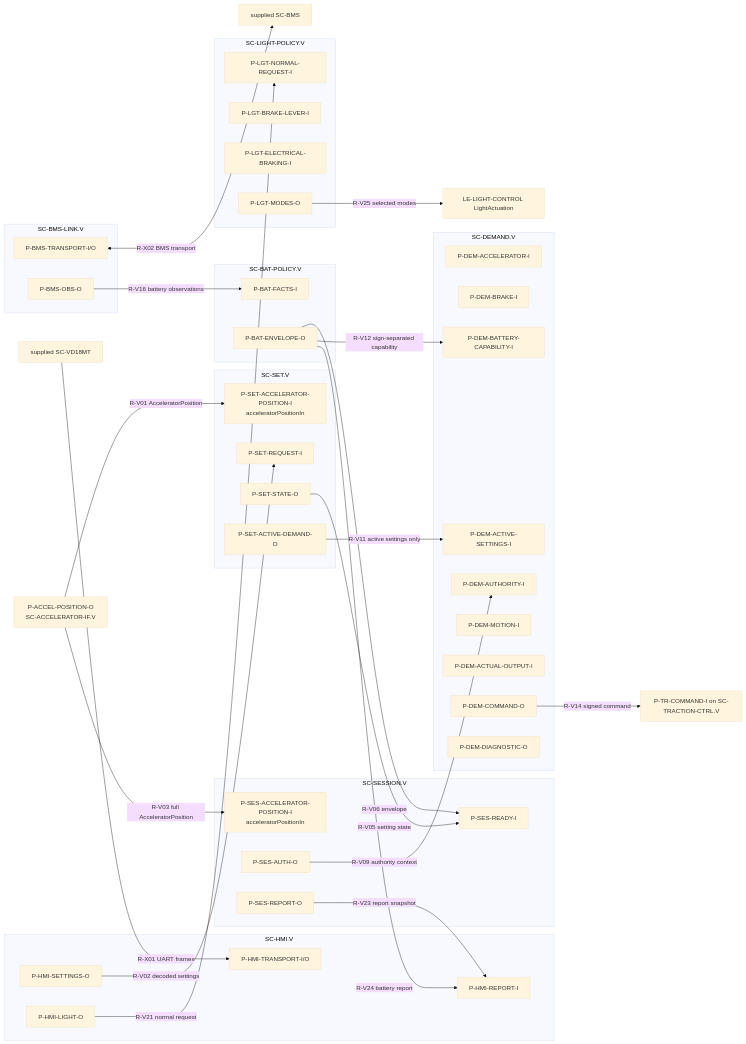
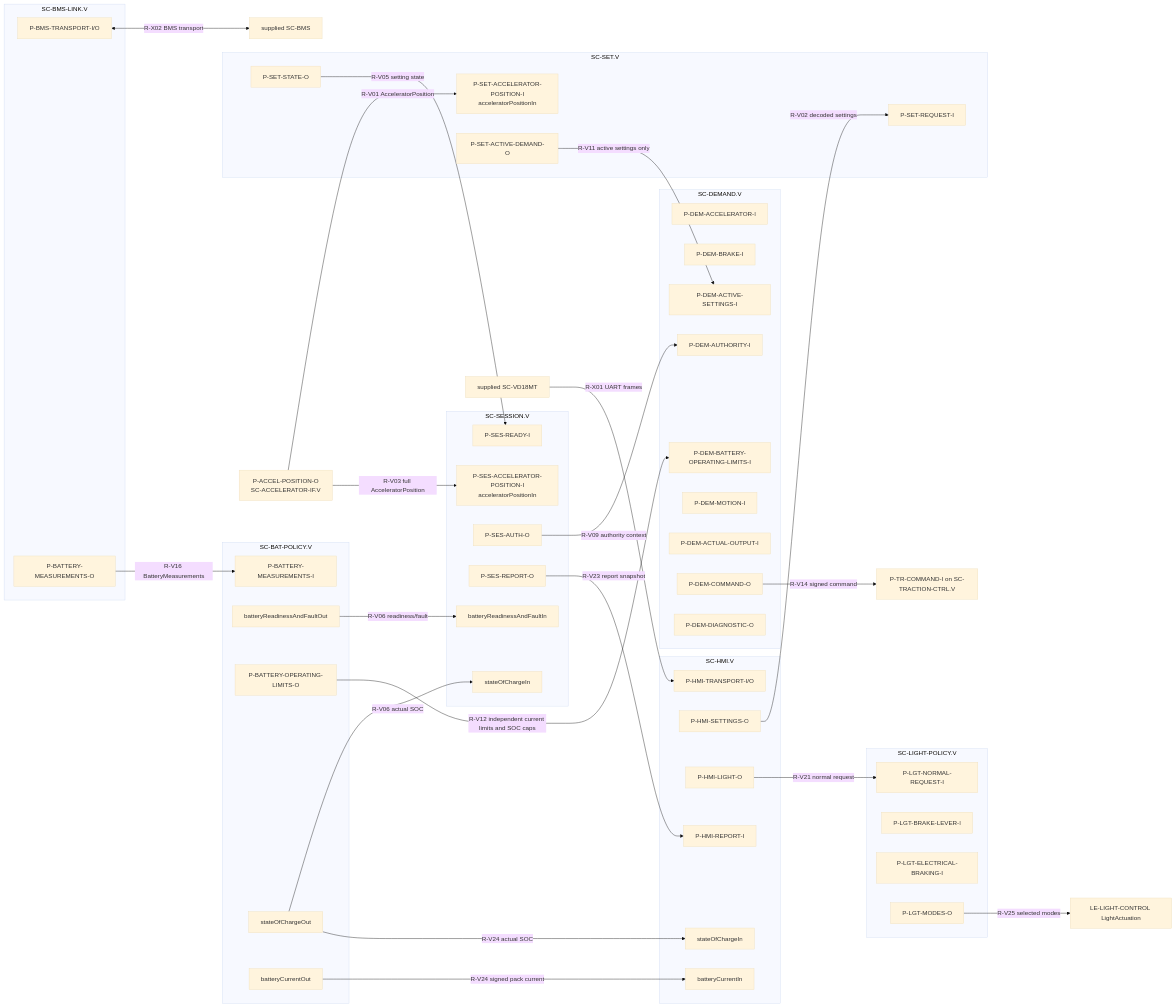
One commit to dhellhake/X2CityMCU changed the second of 4 diagrams in .devenv/Architecture/SoftwareArchitecture/ARCH-003_Software_Architecture.md. Above: the diagram before and after it, drawn with Mermaid (base theme). The commit also changed other lines of this file and 74 other files, not shown here.

````diff
--- a/.devenv/Architecture/SoftwareArchitecture/ARCH-003_Software_Architecture.md
+++ b/.devenv/Architecture/SoftwareArchitecture/ARCH-003_Software_Architecture.md
@@ -227,62 +225,71 @@
 ```mermaid
 flowchart LR
     subgraph HMI[SC-HMI.V]
         HTR[P-HMI-TRANSPORT-I/O]
         HSE[P-HMI-SETTINGS-O]
         HLI[P-HMI-LIGHT-O]
         HRI[P-HMI-REPORT-I]
+        HSI[stateOfChargeIn]
+        HCI[batteryCurrentIn]
     end
     subgraph SET[SC-SET.V]
         SRI[P-SET-REQUEST-I]
         SAP[P-SET-ACCELERATOR-POSITION-I\nacceleratorPositionIn]
         SSO[P-SET-STATE-O]
         SAD[P-SET-ACTIVE-DEMAND-O]
     end
     subgraph SES[SC-SESSION.V]
         SEDI[P-SES-READY-I]
         SEA[P-SES-ACCELERATOR-POSITION-I\nacceleratorPositionIn]
         SEAO[P-SES-AUTH-O]
         SERO[P-SES-REPORT-O]
+        SBR[batteryReadinessAndFaultIn]
+        SSO_SOC[stateOfChargeIn]
     end
     subgraph DEM[SC-DEMAND.V]
         DAI[P-DEM-ACCELERATOR-I]
         DBI[P-DEM-BRAKE-I]
         DSI[P-DEM-ACTIVE-SETTINGS-I]
         DAU[P-DEM-AUTHORITY-I]
-        DBC[P-DEM-BATTERY-CAPABILITY-I]
+        DBC[P-DEM-BATTERY-OPERATING-LIMITS-I]
         DMO[P-DEM-MOTION-I]
         DAO[P-DEM-ACTUAL-OUTPUT-I]
         DEO[P-DEM-COMMAND-O]
         DDO[P-DEM-DIAGNOSTIC-O]
     end
     subgraph BMS[SC-BMS-LINK.V]
         BTI[P-BMS-TRANSPORT-I/O]
-        BTO[P-BMS-OBS-O]
+        BTO[P-BATTERY-MEASUREMENTS-O]
     end
     subgraph BAT[SC-BAT-POLICY.V]
-        BFI[P-BAT-FACTS-I]
-        BEO[P-BAT-ENVELOPE-O]
+        BFI[P-BATTERY-MEASUREMENTS-I]
+        BRO[batteryReadinessAndFaultOut]
+        BEO[P-BATTERY-OPERATING-LIMITS-O]
+        BSO[stateOfChargeOut]
+        BCO[batteryCurrentOut]
     end
     subgraph LGT[SC-LIGHT-POLICY.V]
         LNR[P-LGT-NORMAL-REQUEST-I]
         LBI[P-LGT-BRAKE-LEVER-I]
         LEBI[P-LGT-ELECTRICAL-BRAKING-I]
         LMO[P-LGT-MODES-O]
     end
     VD[supplied SC-VD18MT] -->|R-X01 UART frames| HTR
     AIP[P-ACCEL-POSITION-O\nSC-ACCELERATOR-IF.V] -->|R-V01 AcceleratorPosition| SAP
     AIP -->|R-V03 full AcceleratorPosition| SEA
     HSE -->|R-V02 decoded settings| SRI
     SSO -->|R-V05 setting state| SEDI
     SEAO -->|R-V09 authority context| DAU
     SAD -->|R-V11 active settings only| DSI
     DEO -->|R-V14 signed command| TCI[P-TR-COMMAND-I on SC-TRACTION-CTRL.V]
     BTI <-->|R-X02 BMS transport| SB[supplied SC-BMS]
-    BTO -->|R-V16 battery observations| BFI
-    BEO -->|R-V06 envelope| SEDI
-    BEO -->|R-V12 sign-separated capability| DBC
+    BTO -->|R-V16 BatteryMeasurements| BFI
+    BRO -->|R-V06 readiness/fault| SBR
+    BSO -->|R-V06 actual SOC| SSO_SOC
+    BEO -->|R-V12 independent current limits and SOC caps| DBC
     HLI -->|R-V21 normal request| LNR
     SERO -->|R-V23 report snapshot| HRI
-    BEO -->|R-V24 battery report| HRI
+    BSO -->|R-V24 actual SOC| HSI
+    BCO -->|R-V24 signed pack current| HCI
     LMO -->|R-V25 selected modes| AUX[LE-LIGHT-CONTROL LightActuation]
 ```
````
